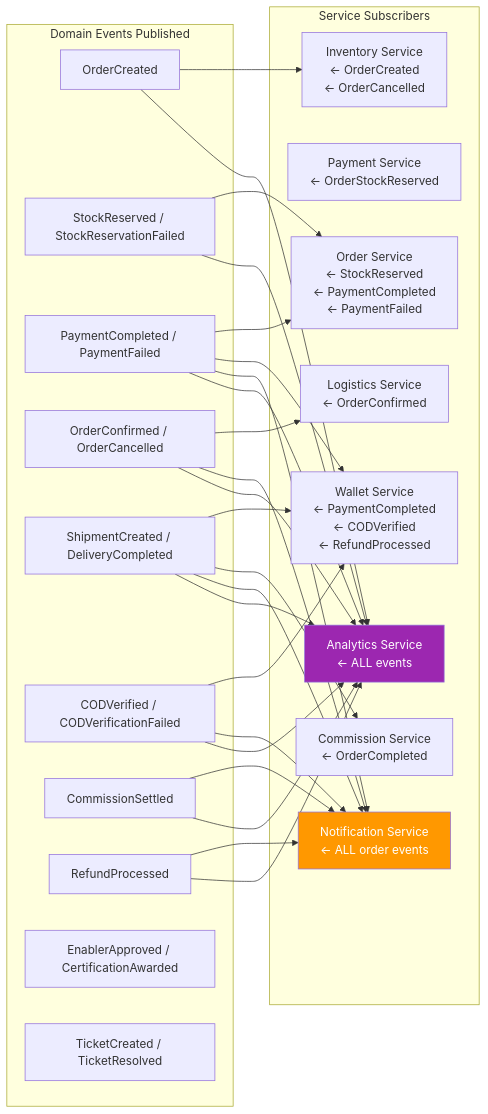
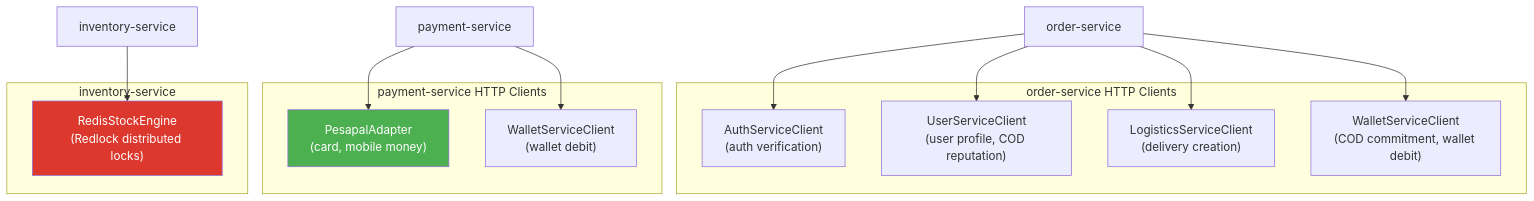
One commit to maysar-014/maysar-express-backend changed the second of 5 diagrams in docs/architecture/service-dependency-map.md. Above: the diagram before and after it, drawn with Mermaid. The commit also changed other lines of this file and 5 other files, not shown here.

First line of the commit message:
docs: rebuild diagrams from actual source code evidence

````diff
--- a/docs/architecture/service-dependency-map.md
+++ b/docs/architecture/service-dependency-map.md
@@ -99,38 +86,25 @@
 ```mermaid
-graph LR
-    subgraph Events["Domain Events Published"]
-        E1["OrderCreated"]
-        E2["StockReserved / StockReservationFailed"]
-        E3["PaymentCompleted / PaymentFailed"]
-        E4["OrderConfirmed / OrderCancelled"]
-        E5["ShipmentCreated / DeliveryCompleted"]
-        E6["CODVerified / CODVerificationFailed"]
-        E7["CommissionSettled"]
-        E8["RefundProcessed"]
-        E9["EnablerApproved / CertificationAwarded"]
-        E10["TicketCreated / TicketResolved"]
+graph TB
+    subgraph OrderServiceClients["order-service HTTP Clients"]
+        AUTH_CLIENT["AuthServiceClient\n(auth verification)"]
+        USER_CLIENT["UserServiceClient\n(user profile, COD reputation)"]
+        LOG_CLIENT["LogisticsServiceClient\n(delivery creation)"]
+        WAL_CLIENT["WalletServiceClient\n(COD commitment, wallet debit)"]
     end
 
-    subgraph Subscribers["Service Subscribers"]
-        S_INV["Inventory Service\n← OrderCreated\n← OrderCancelled"]
-        S_PAY["Payment Service\n← OrderStockReserved"]
-        S_LOG["Logistics Service\n← OrderConfirmed"]
-        S_ORD["Order Service\n← StockReserved\n← PaymentCompleted\n← PaymentFailed"]
-        S_WAL["Wallet Service\n← PaymentCompleted\n← CODVerified\n← RefundProcessed"]
-        S_COM["Commission Service\n← OrderCompleted"]
-        S_NOT["Notification Service\n← ALL order events"]
-        S_ANA["Analytics Service\n← ALL events"]
+    subgraph PaymentServiceClients["payment-service HTTP Clients"]
+        PESAPAL_ADAPTER["PesapalAdapter\n(card, mobile money)"]
+        WALLET_CLIENT2["WalletServiceClient\n(wallet debit)"]
     end
 
-    E1 --> S_INV & S_ANA
-    E2 --> S_ORD & S_ANA
-    E3 --> S_ORD & S_WAL & S_NOT & S_ANA
-    E4 --> S_LOG & S_NOT & S_ANA
-    E5 --> S_WAL & S_COM & S_NOT & S_ANA
-    E6 --> S_WAL & S_NOT & S_ANA
-    E7 --> S_NOT & S_ANA
-    E8 --> S_NOT & S_ANA
+    subgraph InventoryServiceClients["inventory-service"]
+        REDIS_ENGINE["RedisStockEngine\n(Redlock distributed locks)"]
+    end
 
-    style S_NOT fill:#FF9800,color:#fff
-    style S_ANA fill:#9C27B0,color:#fff
+    ORDER_SVC["order-service"] --> AUTH_CLIENT & USER_CLIENT & LOG_CLIENT & WAL_CLIENT
+    PAY_SVC["payment-service"] --> PESAPAL_ADAPTER & WALLET_CLIENT2
+    INV_SVC["inventory-service"] --> REDIS_ENGINE
+
+    style PESAPAL_ADAPTER fill:#4CAF50,color:#fff
+    style REDIS_ENGINE fill:#DC382D,color:#fff
 ```
````
